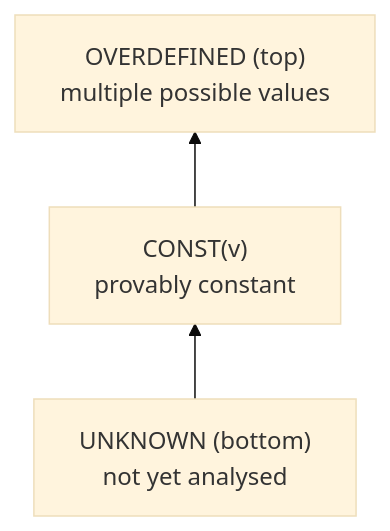
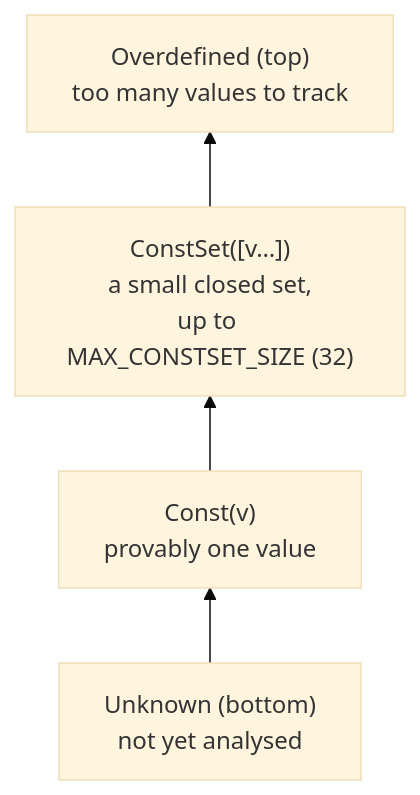
Before and after one commit to bitwisecook/tcl-lsp: diagram 13 of 20 in docs/design/compiler-architecture.md, drawn with Mermaid (base theme). The commit also changed other lines of this file and 5 other files, not shown here.

````diff
--- a/docs/design/compiler-architecture.md
+++ b/docs/design/compiler-architecture.md
@@ -488,5 +573,6 @@
 ```mermaid
 flowchart BT
-    BOT["UNKNOWN (bottom)<br/>not yet analysed"] --> MID["CONST(v)<br/>provably constant"]
-    MID --> TOP["OVERDEFINED (top)<br/>multiple possible values"]
+    BOT["Unknown (bottom)<br/>not yet analysed"] --> MID["Const(v)<br/>provably one value"]
+    MID --> SET["ConstSet([v…])<br/>a small closed set,<br/>up to MAX_CONSTSET_SIZE (32)"]
+    SET --> TOP["Overdefined (top)<br/>too many values to track"]
 ```
````
